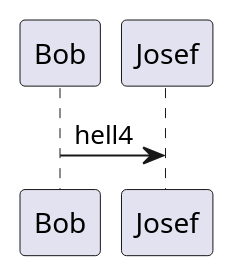
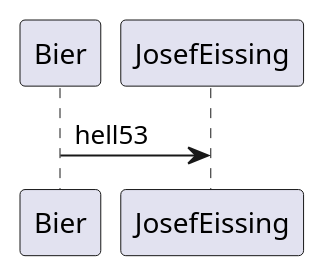
One commit to jeissing/gigalixirdeploy changed the diagram in diagrams/test.puml. Above: the diagram before and after it, drawn with PlantUML.

Commit message:
add Bier to dieagram

```diff
--- a/diagrams/test.puml
+++ b/diagrams/test.puml
@@ -1,3 +1,3 @@
 @startuml jupp
-Bob -> Josef : hell4
+Bier -> JosefEissing : hell53
 @enduml
```
